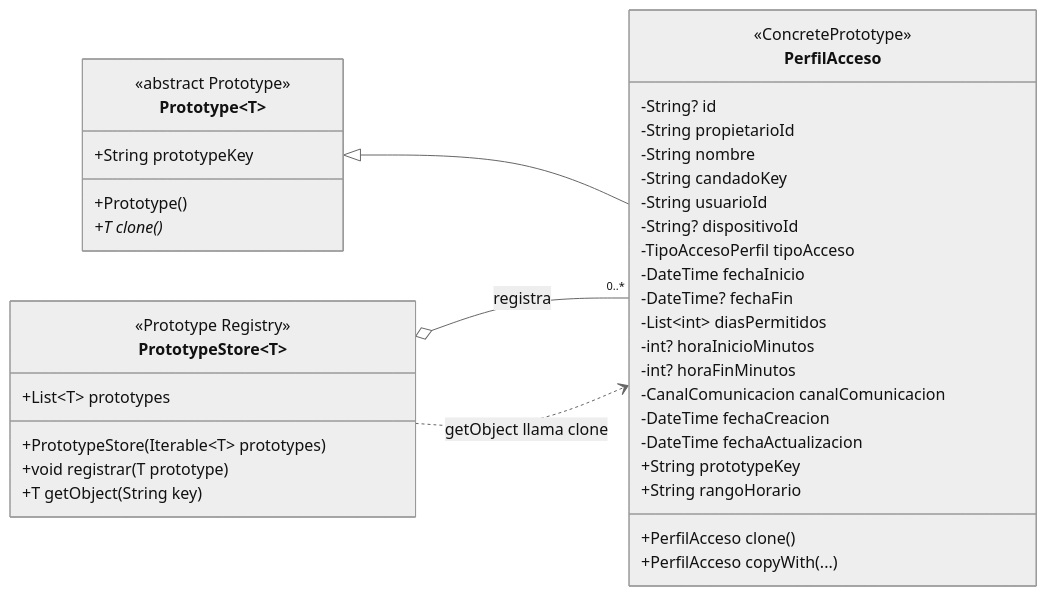
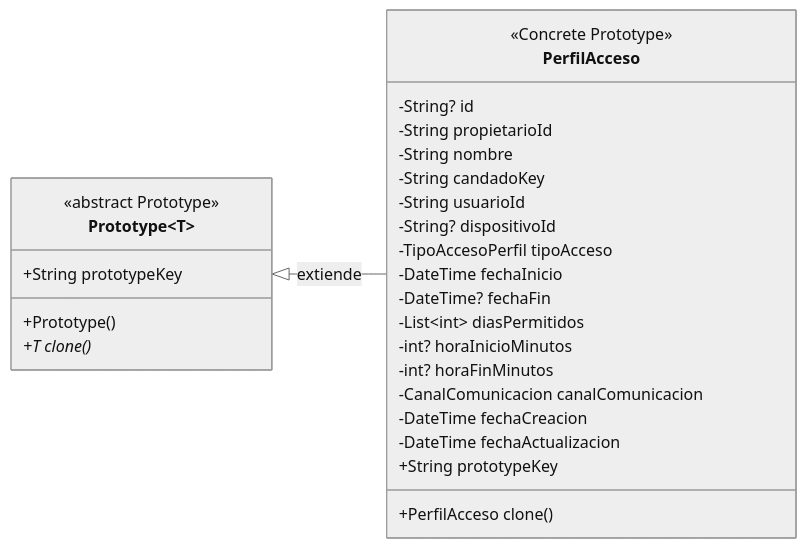
One commit to ktncharris018/ekeyless-supabase changed the diagram in diagramas patrones creacionales/01-prototype.md. Above: the diagram before and after it, drawn with Mermaid (neutral theme). The commit also changed other lines of this file and 4 other files, not shown here.

Commit message:
docs: depurar diagramas con roles estrictos de patrones

````diff
--- a/diagramas patrones creacionales/01-prototype.md
+++ b/diagramas patrones creacionales/01-prototype.md
@@ -7,46 +7,34 @@
 ```mermaid
 classDiagram
     direction LR
 
     class Prototype~T~ {
         <<abstract Prototype>>
         +Prototype()
         +String prototypeKey
         +T clone()*
     }
 
-    class PrototypeStore~T~ {
-        <<Prototype Registry>>
-        +List~T~ prototypes
-        +PrototypeStore(Iterable~T~ prototypes)
-        +void registrar(T prototype)
-        +T getObject(String key)
-    }
-
     class PerfilAcceso {
-        <<ConcretePrototype>>
+        <<Concrete Prototype>>
         -String? id
         -String propietarioId
         -String nombre
         -String candadoKey
         -String usuarioId
         -String? dispositivoId
         -TipoAccesoPerfil tipoAcceso
         -DateTime fechaInicio
         -DateTime? fechaFin
         -List~int~ diasPermitidos
         -int? horaInicioMinutos
         -int? horaFinMinutos
         -CanalComunicacion canalComunicacion
         -DateTime fechaCreacion
         -DateTime fechaActualizacion
         +String prototypeKey
         +PerfilAcceso clone()
-        +PerfilAcceso copyWith(...)
-        +String rangoHorario
     }
 
-    Prototype~PerfilAcceso~ <|-- PerfilAcceso
-    PrototypeStore~PerfilAcceso~ o-- "0..*" PerfilAcceso : registra
-    PrototypeStore~PerfilAcceso~ ..> PerfilAcceso : getObject llama clone
+    Prototype~PerfilAcceso~ <|-- PerfilAcceso : extiende
 ```
````
